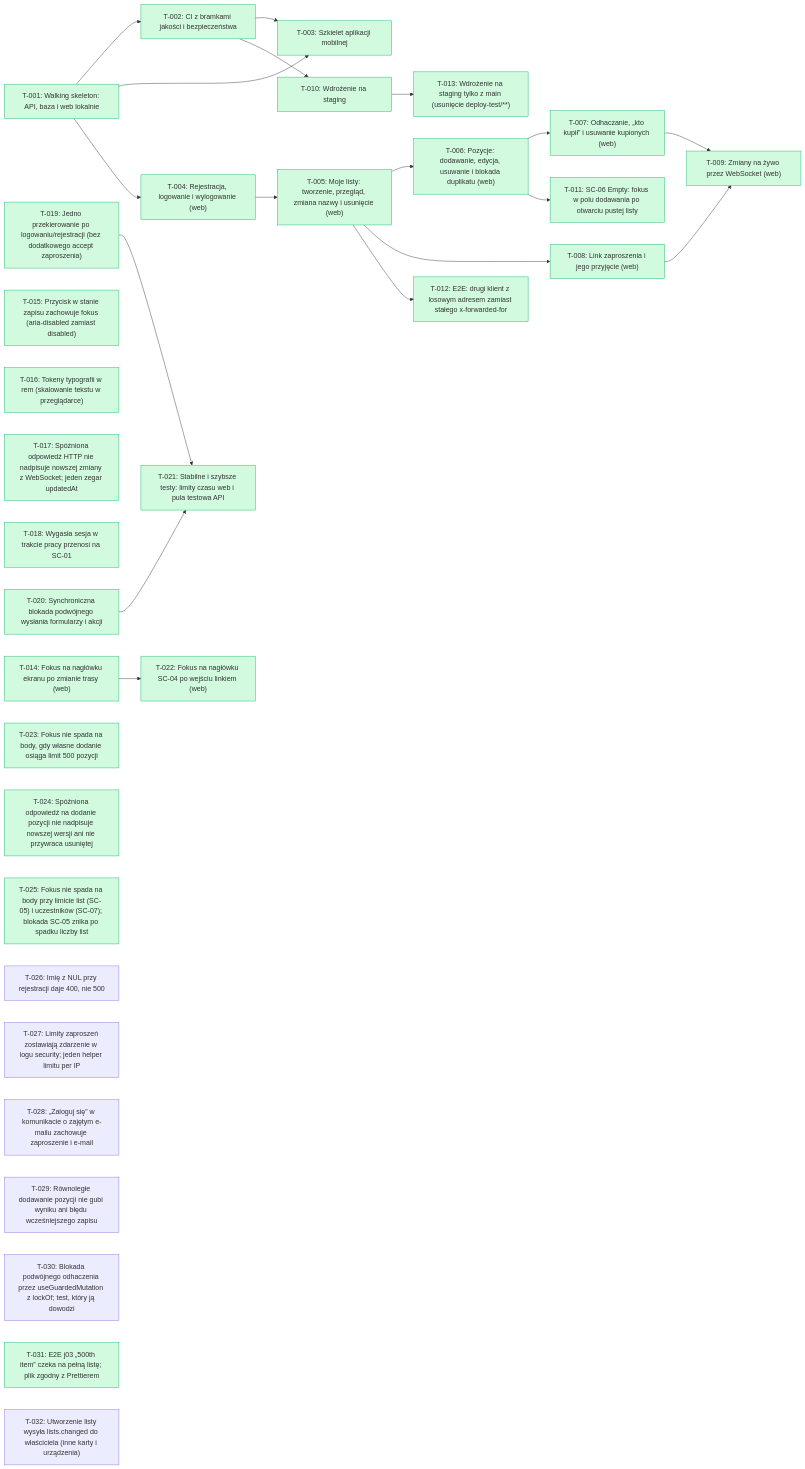
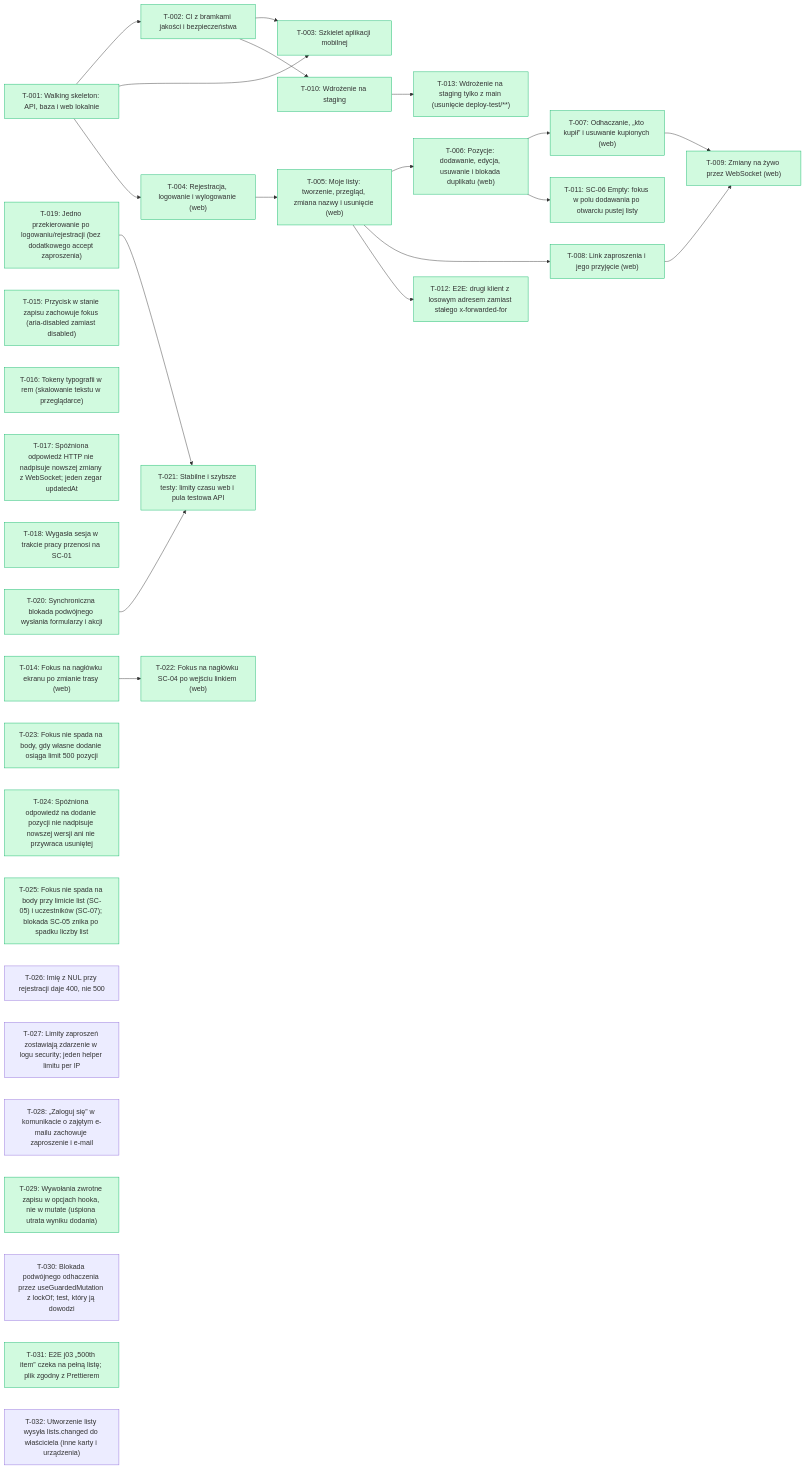
Before and after one commit to tombraz/lista-zakupow: the diagram in docs/backlog/index.md, drawn with Mermaid. The commit also changed other lines of this file and 1 other file, not shown here.

````diff
--- a/docs/backlog/index.md
+++ b/docs/backlog/index.md
@@ -22,56 +21,56 @@
 ```mermaid
 flowchart LR
   T_001["T-001: Walking skeleton: API, baza i web lokalnie"]:::done
   T_002["T-002: CI z bramkami jakości i bezpieczeństwa"]:::done
   T_003["T-003: Szkielet aplikacji mobilnej"]:::done
   T_004["T-004: Rejestracja, logowanie i wylogowanie (web)"]:::done
   T_005["T-005: Moje listy: tworzenie, przegląd, zmiana nazwy i usunięcie (web)"]:::done
   T_006["T-006: Pozycje: dodawanie, edycja, usuwanie i blokada duplikatu (web)"]:::done
   T_007["T-007: Odhaczanie, „kto kupił” i usuwanie kupionych (web)"]:::done
   T_008["T-008: Link zaproszenia i jego przyjęcie (web)"]:::done
   T_009["T-009: Zmiany na żywo przez WebSocket (web)"]:::done
   T_010["T-010: Wdrożenie na staging"]:::done
   T_011["T-011: SC-06 Empty: fokus w polu dodawania po otwarciu pustej listy"]:::done
   T_012["T-012: E2E: drugi klient z losowym adresem zamiast stałego x-forwarded-for"]:::done
   T_013["T-013: Wdrożenie na staging tylko z main (usunięcie deploy-test/**)"]:::done
   T_014["T-014: Fokus na nagłówku ekranu po zmianie trasy (web)"]:::done
   T_015["T-015: Przycisk w stanie zapisu zachowuje fokus (aria-disabled zamiast disabled)"]:::done
   T_016["T-016: Tokeny typografii w rem (skalowanie tekstu w przeglądarce)"]:::done
   T_017["T-017: Spóźniona odpowiedź HTTP nie nadpisuje nowszej zmiany z WebSocket; jeden zegar updatedAt"]:::done
   T_018["T-018: Wygasła sesja w trakcie pracy przenosi na SC-01"]:::done
   T_019["T-019: Jedno przekierowanie po logowaniu/rejestracji (bez dodatkowego accept zaproszenia)"]:::done
   T_020["T-020: Synchroniczna blokada podwójnego wysłania formularzy i akcji"]:::done
   T_021["T-021: Stabilne i szybsze testy: limity czasu web i pula testowa API"]:::done
   T_022["T-022: Fokus na nagłówku SC-04 po wejściu linkiem (web)"]:::done
   T_023["T-023: Fokus nie spada na body, gdy własne dodanie osiąga limit 500 pozycji"]:::done
   T_024["T-024: Spóźniona odpowiedź na dodanie pozycji nie nadpisuje nowszej wersji ani nie przywraca usuniętej"]:::done
   T_025["T-025: Fokus nie spada na body przy limicie list (SC-05) i uczestników (SC-07); blokada SC-05 znika po spadku liczby list"]:::done
   T_026["T-026: Imię z NUL przy rejestracji daje 400, nie 500"]
   T_027["T-027: Limity zaproszeń zostawiają zdarzenie w logu security; jeden helper limitu per IP"]
   T_028["T-028: „Zaloguj się” w komunikacie o zajętym e-mailu zachowuje zaproszenie i e-mail"]
-  T_029["T-029: Równoległe dodawanie pozycji nie gubi wyniku ani błędu wcześniejszego zapisu"]
+  T_029["T-029: Wywołania zwrotne zapisu w opcjach hooka, nie w mutate (uśpiona utrata wyniku dodania)"]:::done
   T_030["T-030: Blokada podwójnego odhaczenia przez useGuardedMutation z lockOf; test, który ją dowodzi"]
   T_031["T-031: E2E j03 „500th item” czeka na pełną listę; plik zgodny z Prettierem"]:::done
   T_032["T-032: Utworzenie listy wysyła lists.changed do właściciela (inne karty i urządzenia)"]
   T_001 --> T_002
   T_001 --> T_003
   T_002 --> T_003
   T_001 --> T_004
   T_004 --> T_005
   T_005 --> T_006
   T_006 --> T_007
   T_005 --> T_008
   T_007 --> T_009
   T_008 --> T_009
   T_002 --> T_010
   T_006 --> T_011
   T_005 --> T_012
   T_010 --> T_013
   T_019 --> T_021
   T_020 --> T_021
   T_014 --> T_022
   classDef done fill:#d1fadf,stroke:#12b76a
   classDef wip fill:#fef0c7,stroke:#f79009
   classDef qa fill:#e0eaff,stroke:#2970ff
   classDef blocked fill:#fee4e2,stroke:#f04438
 ```
````
